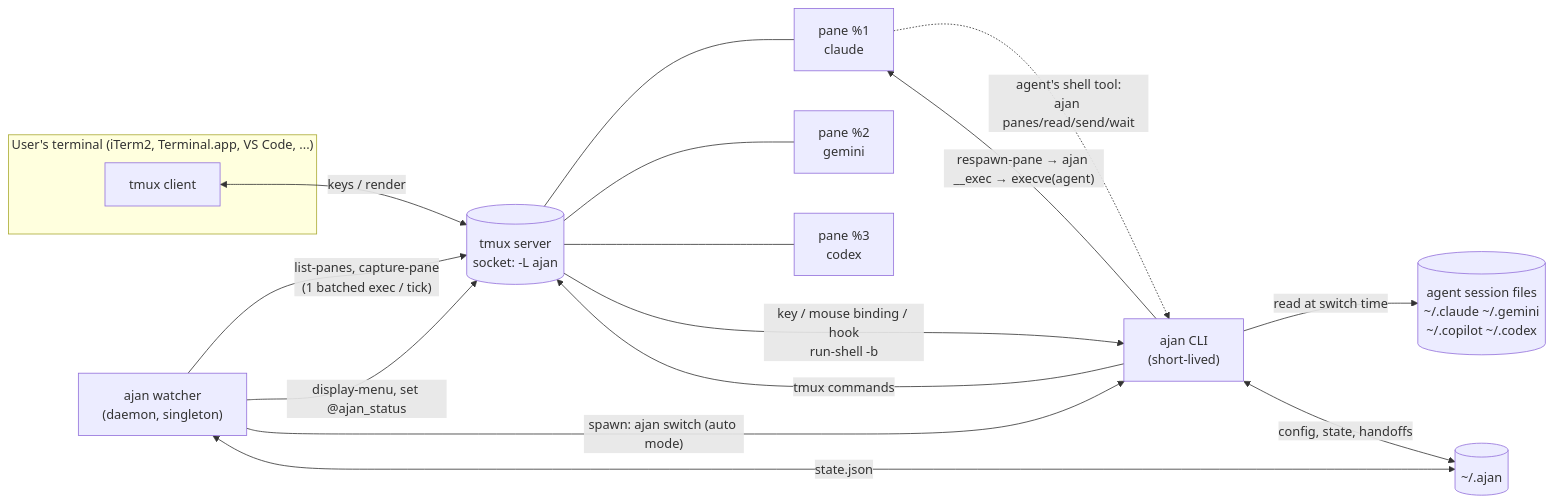
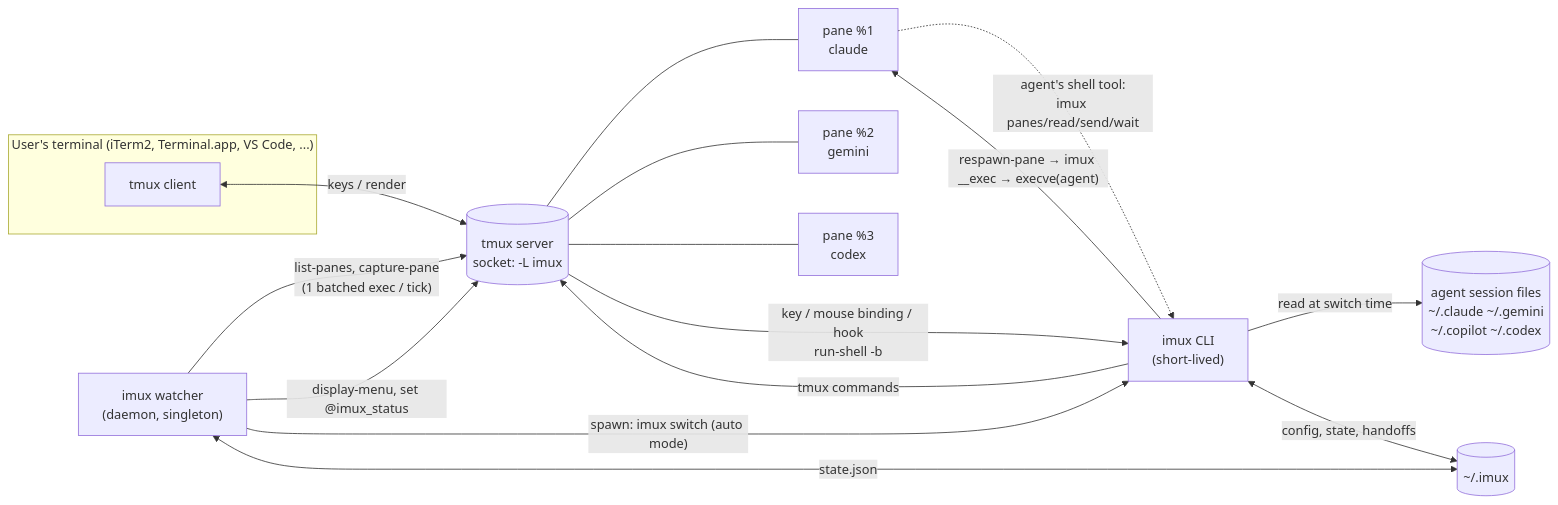
Before and after one commit to hamzayogurtcuoglu/i-mux: the first of 9 diagrams in ARCHITECTURE.md, drawn with Mermaid. The commit also changed other lines of this file and 130 other files, not shown here.

First line of the commit message:
Rename ajan to i-mux (command imux)

````diff
--- a/ARCHITECTURE.md
+++ b/ARCHITECTURE.md
@@ -99,24 +99,24 @@
 ```mermaid
 flowchart LR
   subgraph term["User's terminal (iTerm2, Terminal.app, VS Code, ...)"]
     TC["tmux client"]
   end
-  TC <-->|keys / render| TS[("tmux server<br/>socket: -L ajan")]
+  TC <-->|keys / render| TS[("tmux server<br/>socket: -L imux")]
   TS --- P1["pane %1<br/>claude"]
   TS --- P2["pane %2<br/>gemini"]
   TS --- P3["pane %3<br/>codex"]
 
-  CLI["ajan CLI<br/>(short-lived)"] -->|tmux commands| TS
+  CLI["imux CLI<br/>(short-lived)"] -->|tmux commands| TS
   TS -->|"key / mouse binding / hook<br/>run-shell -b"| CLI
-  CLI -->|"respawn-pane → ajan __exec → execve(agent)"| P1
+  CLI -->|"respawn-pane → imux __exec → execve(agent)"| P1
 
-  W["ajan watcher<br/>(daemon, singleton)"] -->|"list-panes, capture-pane<br/>(1 batched exec / tick)"| TS
-  W -->|"display-menu, set @ajan_status"| TS
-  W -->|"spawn: ajan switch (auto mode)"| CLI
+  W["imux watcher<br/>(daemon, singleton)"] -->|"list-panes, capture-pane<br/>(1 batched exec / tick)"| TS
+  W -->|"display-menu, set @imux_status"| TS
+  W -->|"spawn: imux switch (auto mode)"| CLI
 
   CLI -->|read at switch time| SF[("agent session files<br/>~/.claude ~/.gemini<br/>~/.copilot ~/.codex")]
-  CLI <-->|"config, state, handoffs"| AH[("~/.ajan")]
+  CLI <-->|"config, state, handoffs"| AH[("~/.imux")]
   W <-->|"state.json"| AH
 
-  P1 -.->|"agent's shell tool:<br/>ajan panes/read/send/wait"| CLI
+  P1 -.->|"agent's shell tool:<br/>imux panes/read/send/wait"| CLI
 ```
````
